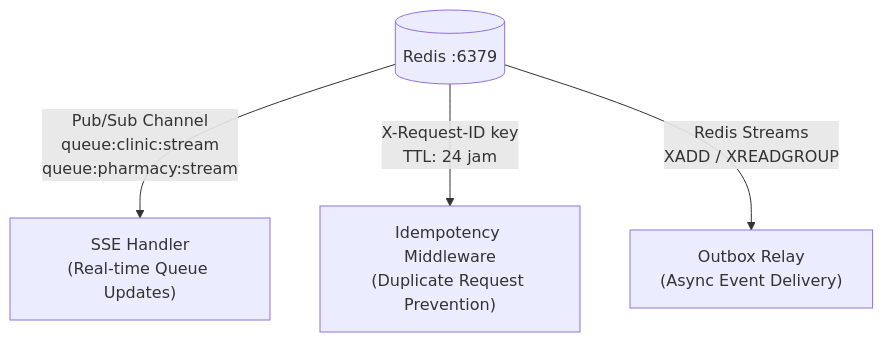
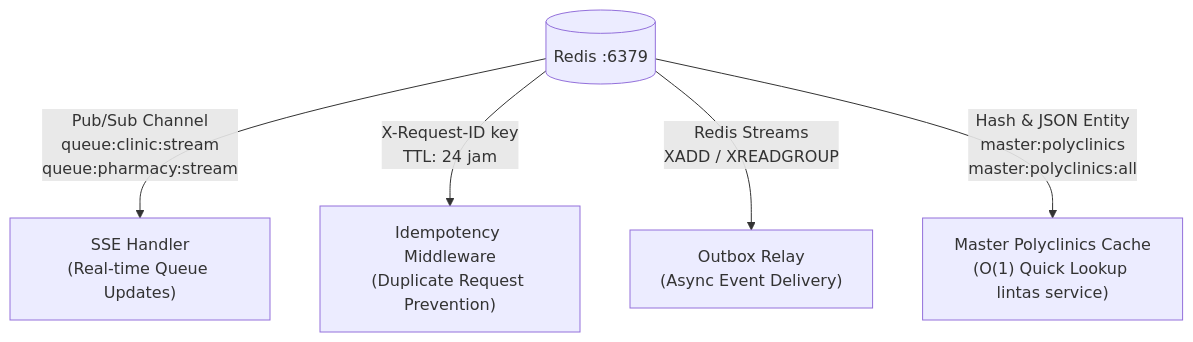
Before and after one commit to odealidj/go-micro-simrs-one: the third of 19 diagrams in docs/be/technical/technical_documentation.md, drawn with Mermaid. The commit also changed other lines of this file and 16 other files, not shown here.

First line of the commit message:
feat: migrate polyclinic SSOT to rawat-jalan-service with Redis entity caching and complete cashier billing module

````diff
--- a/docs/be/technical/technical_documentation.md
+++ b/docs/be/technical/technical_documentation.md
@@ -124,8 +122,9 @@
 ```mermaid
 graph TD
     REDIS[("Redis :6379")]
 
     REDIS -->|"Pub/Sub Channel\nqueue:clinic:stream\nqueue:pharmacy:stream"| SSE["SSE Handler\n(Real-time Queue Updates)"]
     REDIS -->|"X-Request-ID key\nTTL: 24 jam"| IDEM["Idempotency Middleware\n(Duplicate Request Prevention)"]
     REDIS -->|"Redis Streams\nXADD / XREADGROUP"| OUTBOX["Outbox Relay\n(Async Event Delivery)"]
+    REDIS -->|"Hash & JSON Entity\nmaster:polyclinics\nmaster:polyclinics:all"| CACHE["Master Polyclinics Cache\n(O(1) Quick Lookup lintas service)"]
 ```
````
